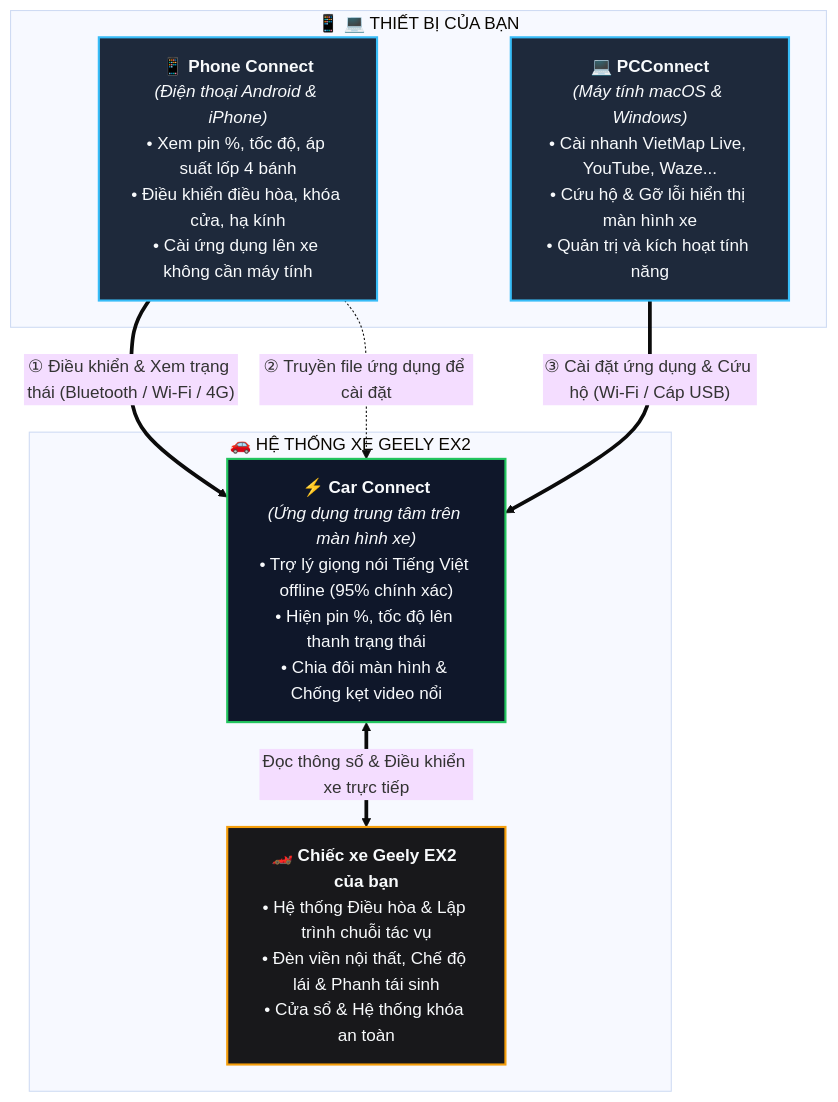
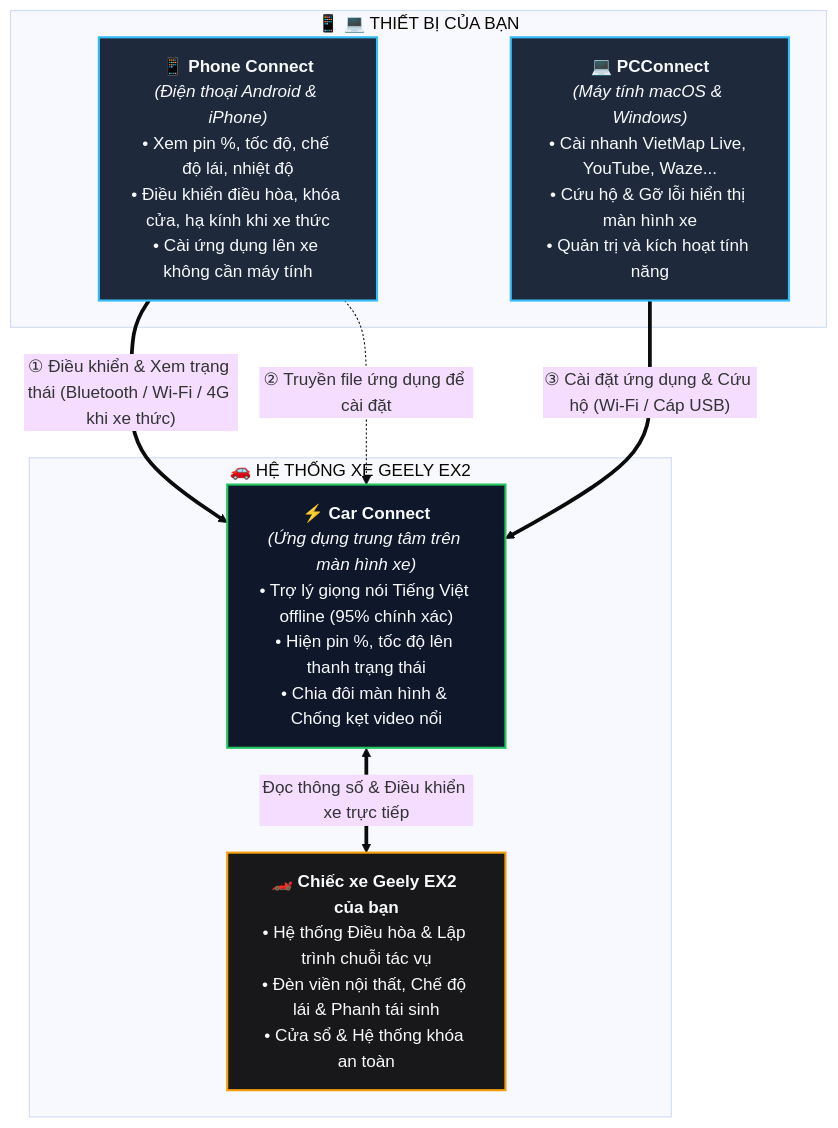
Before and after one commit to ToanMobile/geely-ex2-artifacts: the diagram in README.md, drawn with Mermaid (base theme). The commit also changed other lines of this file and 40 other files, not shown here.

Commit message:
Release: CarConnect v1.0.56(156) · PhoneConnect v1.0.41(141) · PCConnect v2.1(2)

````diff
--- a/README.md
+++ b/README.md
@@ -162,27 +191,27 @@
 ```mermaid
 flowchart TD
     subgraph DEVICES["📱 💻 THIẾT BỊ CỦA BẠN"]
-        PHONE["📱 <b>Phone Connect</b><br><i>(Điện thoại Android & iPhone)</i><br>• Xem pin %, tốc độ, áp suất lốp 4 bánh<br>• Điều khiển điều hòa, khóa cửa, hạ kính<br>• Cài ứng dụng lên xe không cần máy tính"]
+        PHONE["📱 <b>Phone Connect</b><br><i>(Điện thoại Android & iPhone)</i><br>• Xem pin %, tốc độ, chế độ lái, nhiệt độ<br>• Điều khiển điều hòa, khóa cửa, hạ kính khi xe thức<br>• Cài ứng dụng lên xe không cần máy tính"]
         PC["💻 <b>PCConnect</b><br><i>(Máy tính macOS & Windows)</i><br>• Cài nhanh VietMap Live, YouTube, Waze...<br>• Cứu hộ & Gỡ lỗi hiển thị màn hình xe<br>• Quản trị và kích hoạt tính năng"]
     end
 
     subgraph CAR["🚗 HỆ THỐNG XE GEELY EX2"]
         CAR_APP["⚡ <b>Car Connect</b><br><i>(Ứng dụng trung tâm trên màn hình xe)</i><br>• Trợ lý giọng nói Tiếng Việt offline (95% chính xác)<br>• Hiện pin %, tốc độ lên thanh trạng thái<br>• Chia đôi màn hình & Chống kẹt video nổi"]
         
         VEHICLE["🏎️ <b>Chiếc xe Geely EX2 của bạn</b><br>• Hệ thống Điều hòa & Lập trình chuỗi tác vụ<br>• Đèn viền nội thất, Chế độ lái & Phanh tái sinh<br>• Cửa sổ & Hệ thống khóa an toàn"]
     end
 
-    PHONE ==>|"① Điều khiển & Xem trạng thái (Bluetooth / Wi-Fi / 4G)"| CAR_APP
+    PHONE ==>|"① Điều khiển & Xem trạng thái (Bluetooth / Wi-Fi / 4G khi xe thức)"| CAR_APP
     PHONE -.->|"② Truyền file ứng dụng để cài đặt"| CAR_APP
     PC ==>|"③ Cài đặt ứng dụng & Cứu hộ (Wi-Fi / Cáp USB)"| CAR_APP
 
     CAR_APP <==>|"Đọc thông số & Điều khiển xe trực tiếp"| VEHICLE
 
     classDef clientStyle fill:#1e293b,stroke:#38bdf8,stroke-width:2px,color:#f8fafc;
     classDef appStyle fill:#0f172a,stroke:#22c55e,stroke-width:2px,color:#f8fafc;
     classDef carStyle fill:#18181b,stroke:#f59e0b,stroke-width:2px,color:#f8fafc;
 
     class PHONE,PC clientStyle;
     class CAR_APP appStyle;
     class VEHICLE carStyle;
 ```
````
